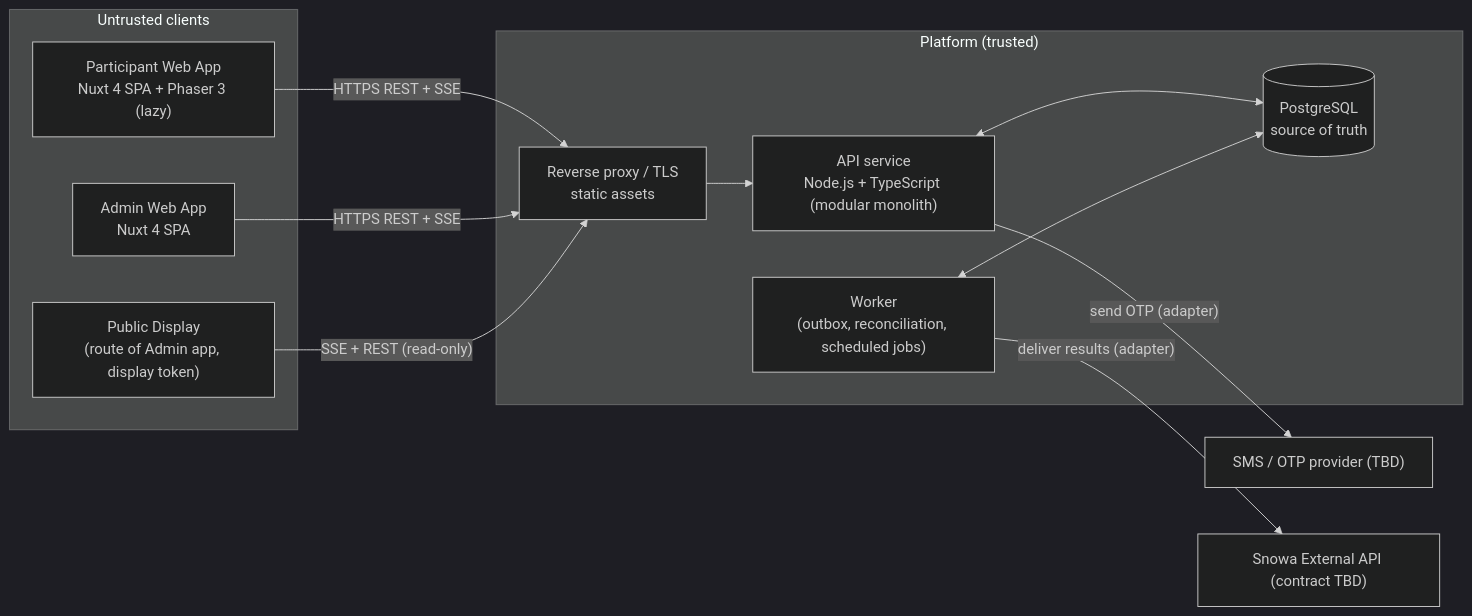
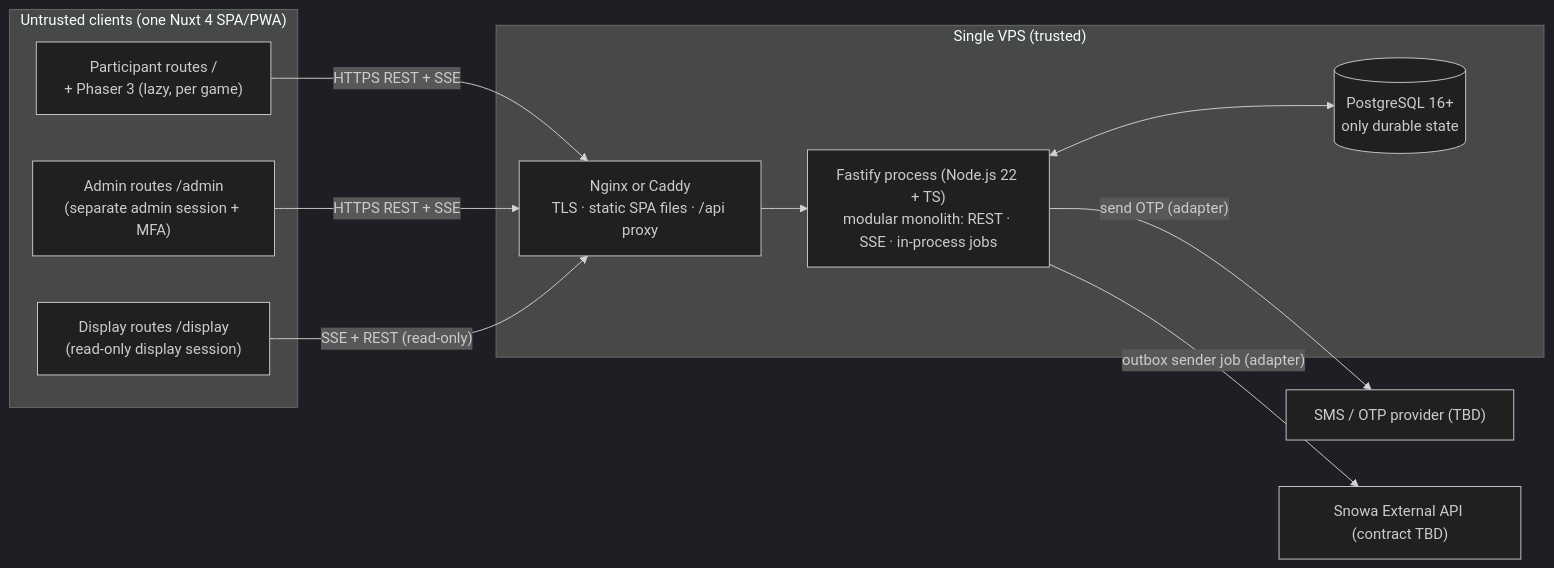
Before and after one commit to osameh15/Snowa-Exhibition-Game: the first of 2 diagrams in docs/00-overview/01-technical-overview.md, drawn with Mermaid (dark theme). The commit also changed other lines of this file and 61 other files, not shown here.

First line of the commit message:
docs: right-size secure exhibition architecture

````diff
--- a/docs/00-overview/01-technical-overview.md
+++ b/docs/00-overview/01-technical-overview.md
@@ -17,25 +17,23 @@
 ```mermaid
 flowchart LR
-  subgraph Clients["Untrusted clients"]
-    P["Participant Web App<br/>Nuxt 4 SPA + Phaser 3 (lazy)"]
-    A["Admin Web App<br/>Nuxt 4 SPA"]
-    D["Public Display<br/>(route of Admin app, display token)"]
+  subgraph Clients["Untrusted clients (one Nuxt 4 SPA/PWA)"]
+    P["Participant routes /<br/>+ Phaser 3 (lazy, per game)"]
+    A["Admin routes /admin<br/>(separate admin session + MFA)"]
+    D["Display routes /display<br/>(read-only display session)"]
   end
-  subgraph Platform["Platform (trusted)"]
-    RP["Reverse proxy / TLS<br/>static assets"]
-    API["API service<br/>Node.js + TypeScript (modular monolith)"]
-    W["Worker<br/>(outbox, reconciliation, scheduled jobs)"]
-    DB[("PostgreSQL<br/>source of truth")]
+  subgraph VPS["Single VPS (trusted)"]
+    RP["Nginx or Caddy<br/>TLS · static SPA files · /api proxy"]
+    API["Fastify process (Node.js 22 + TS)<br/>modular monolith: REST · SSE · in-process jobs"]
+    DB[("PostgreSQL 16+<br/>only durable state")]
   end
   OTP["SMS / OTP provider (TBD)"]
   EXT["Snowa External API (contract TBD)"]
 
   P -- "HTTPS REST + SSE" --> RP
   A -- "HTTPS REST + SSE" --> RP
   D -- "SSE + REST (read-only)" --> RP
   RP --> API
   API <--> DB
-  W <--> DB
   API -- "send OTP (adapter)" --> OTP
-  W -- "deliver results (adapter)" --> EXT
+  API -- "outbox sender job (adapter)" --> EXT
 ```
````
